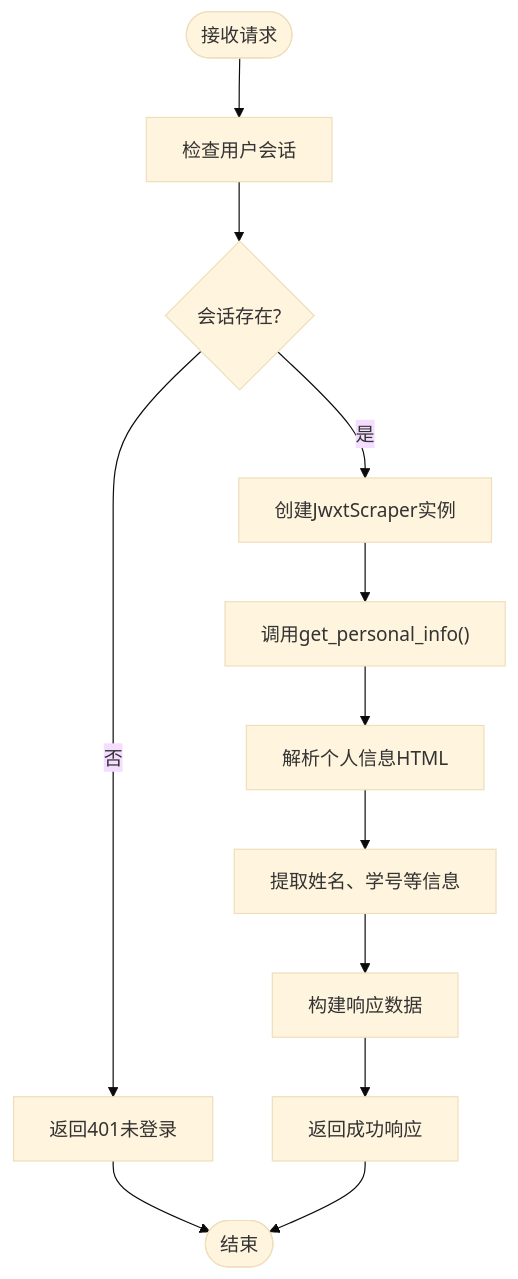
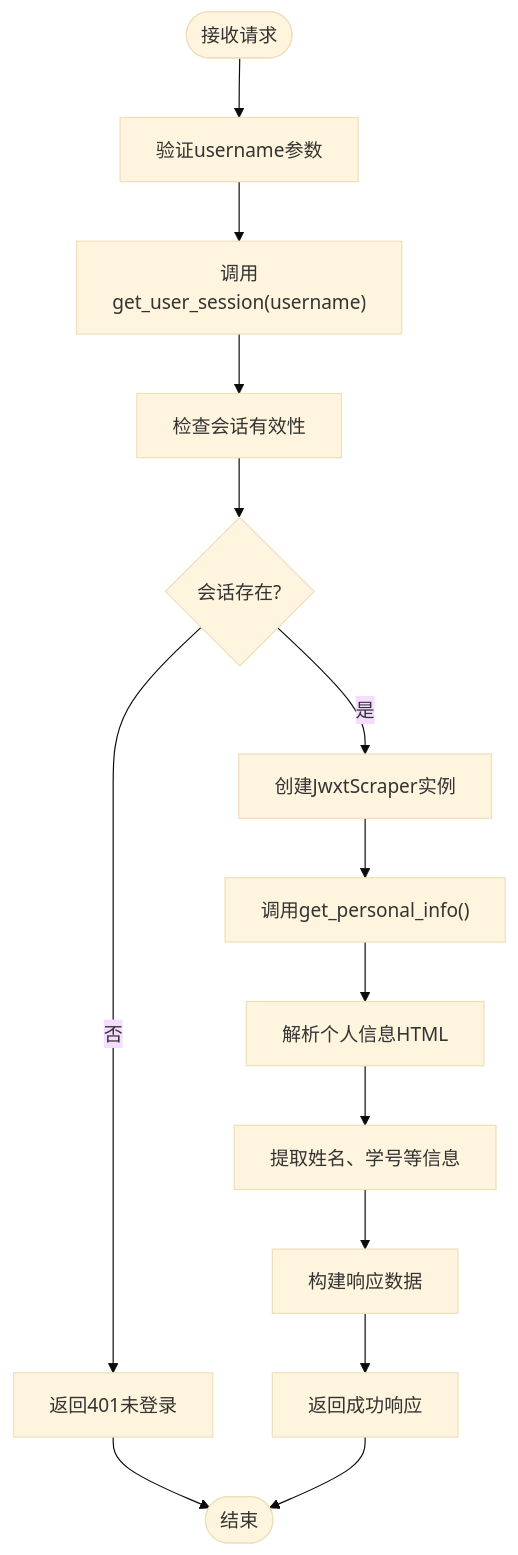
One commit to ghbbn053-ship-itsoulddog/soulddog changed the fifth of 12 diagrams in .qoder/repowiki/zh/content/后端API文档/个人信息查询API.md. Above: the diagram before and after it, drawn with Mermaid (base theme). The commit also changed other lines of this file and 4 other files, not shown here.

````diff
--- a/.qoder/repowiki/zh/content/后端API文档/个人信息查询API.md
+++ b/.qoder/repowiki/zh/content/后端API文档/个人信息查询API.md
@@ -209,14 +244,16 @@
 ```mermaid
 flowchart TD
-Start([接收请求]) --> CheckSession["检查用户会话"]
+Start([接收请求]) --> ValidateParams["验证username参数"]
+ValidateParams --> CallSessionMgr["调用get_user_session(username)"]
+CallSessionMgr --> CheckSession["检查会话有效性"]
 CheckSession --> SessionExists{"会话存在?"}
 SessionExists --> |否| Return401["返回401未登录"]
 SessionExists --> |是| CreateScraper["创建JwxtScraper实例"]
 CreateScraper --> GetInfo["调用get_personal_info()"]
 GetInfo --> ParseHTML["解析个人信息HTML"]
 ParseHTML --> ExtractData["提取姓名、学号等信息"]
 ExtractData --> BuildResponse["构建响应数据"]
 BuildResponse --> Success["返回成功响应"]
 Return401 --> End([结束])
 Success --> End
 ```
````
